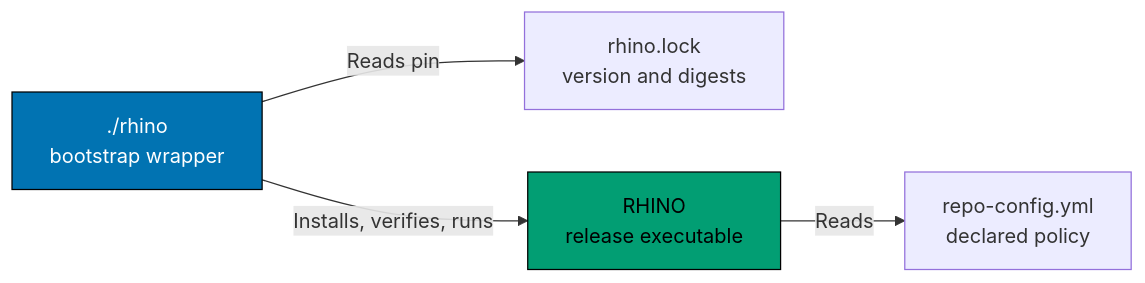
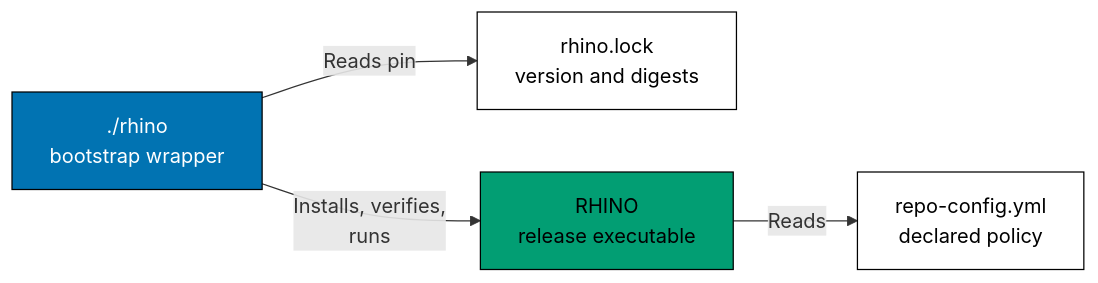
The diagram in docs/reference/system-architecture/components.md (wahidyankf/ose-public), drawn with Mermaid before and after one commit. The commit also changed 220 other files, not shown here.

First line of the commit message:
docs: split mermaid labels to 20 graphemes and add palette defaults

````diff
--- a/docs/reference/system-architecture/components.md
+++ b/docs/reference/system-architecture/components.md
@@ -35,18 +35,19 @@
 ```mermaid
 graph LR
     accTitle: RHINO bootstrap components
     accDescr: The ./rhino wrapper reads the rhino.lock pin, then installs, verifies, and runs the RHINO release executable, which reads repo-config.yml.
     WRAP[./rhino<br/>bootstrap wrapper]
     LOCK[rhino.lock<br/>version and digests]
     EXE[RHINO<br/>release executable]
     CFG[repo-config.yml<br/>declared policy]
 
     WRAP -->|Reads pin| LOCK
-    WRAP -->|Installs, verifies, runs| EXE
+    WRAP -->|Installs, verifies,<br/>runs| EXE
     EXE -->|Reads| CFG
 
     classDef blue fill:#0173B2,stroke:#000000,color:#FFFFFF
     classDef teal fill:#029E73,stroke:#000000,color:#000000
     class WRAP blue
     class EXE teal
+    classDef default fill:#FFFFFF,stroke:#000000,color:#000000
 ```
````
